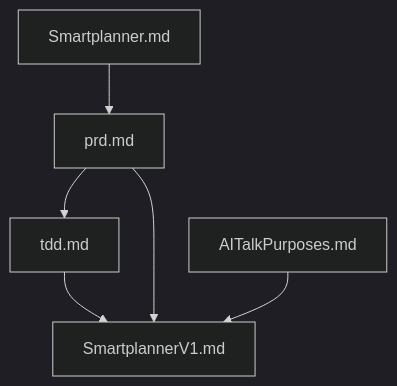
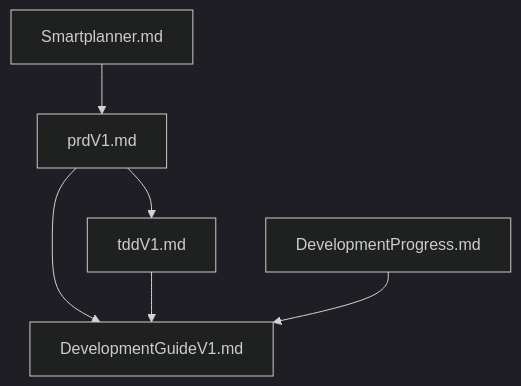
One commit to HS-Jack-YZY/SmartPlanner changed the diagram in ProjectStructure.md. Above: the diagram before and after it, drawn with Mermaid (dark theme). The commit also changed other lines of this file and 7 other files, not shown here.

````diff
--- a/ProjectStructure.md
+++ b/ProjectStructure.md
@@ -69,8 +126,8 @@
 ```mermaid
 graph TD
-PRD[prd.md] --> TDD[tdd.md]
-TDD --> SmartplannerV1[SmartplannerV1.md]
-PRD --> SmartplannerV1
-Smartplanner[Smartplanner.md] --> PRD
-AITalkPurposes[AITalkPurposes.md] --> SmartplannerV1
+    PRD[prdV1.md] --> TDD[tddV1.md]
+    PRD --> DG[DevelopmentGuideV1.md]
+    TDD --> DG
+    Smartplanner[Smartplanner.md] --> PRD
+    DP[DevelopmentProgress.md] --> DG
 ```
````
